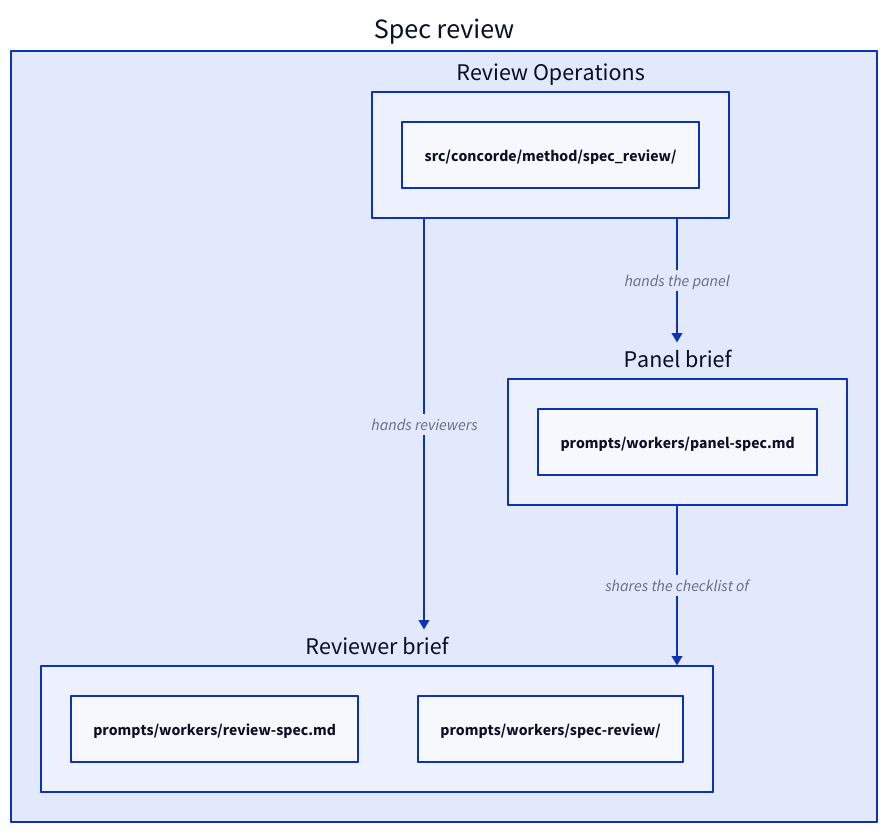
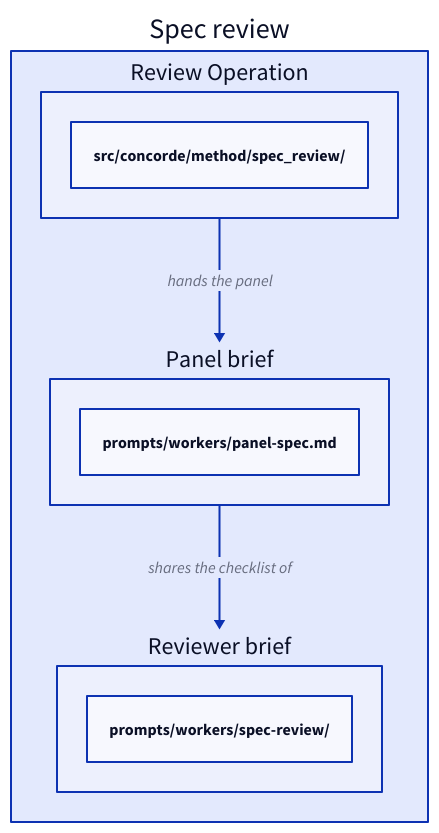
The second of 4 diagrams in specs/concorde/method/spec-review/module.md (FTOD/concorde), drawn with D2 before and after one commit. The commit also changed other lines of this file and 61 other files, not shown here.

First line of the commit message:
Remove the spec_review Operation; spec_panel is the only Spec review

````diff
--- a/specs/concorde/method/spec-review/module.md
+++ b/specs/concorde/method/spec-review/module.md
@@ -222,17 +169,15 @@
 ```d2
 review: Spec review {
-  host: Review Operations {
+  host: Review Operation {
     "src/concorde/method/spec_review/"
   }
   checklist: Reviewer brief {
-    "prompts/workers/review-spec.md"
     "prompts/workers/spec-review/"
   }
   panel: Panel brief {
     "prompts/workers/panel-spec.md"
   }
-  host -> checklist: hands reviewers
   host -> panel: hands the panel
   panel -> checklist: shares the checklist of
 }
 ```
````
